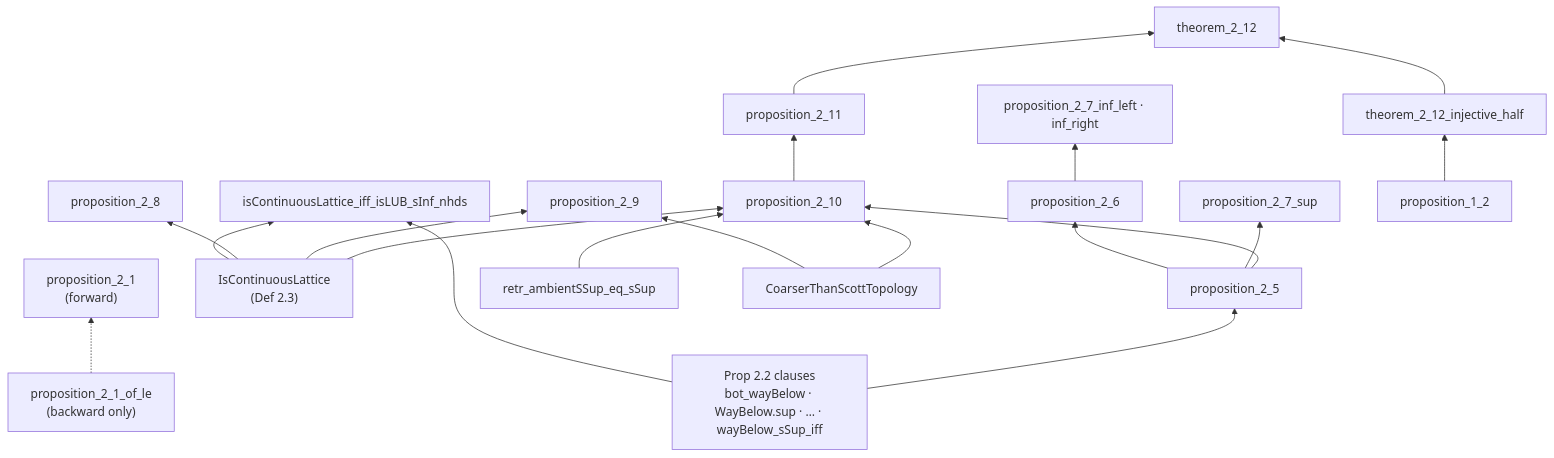
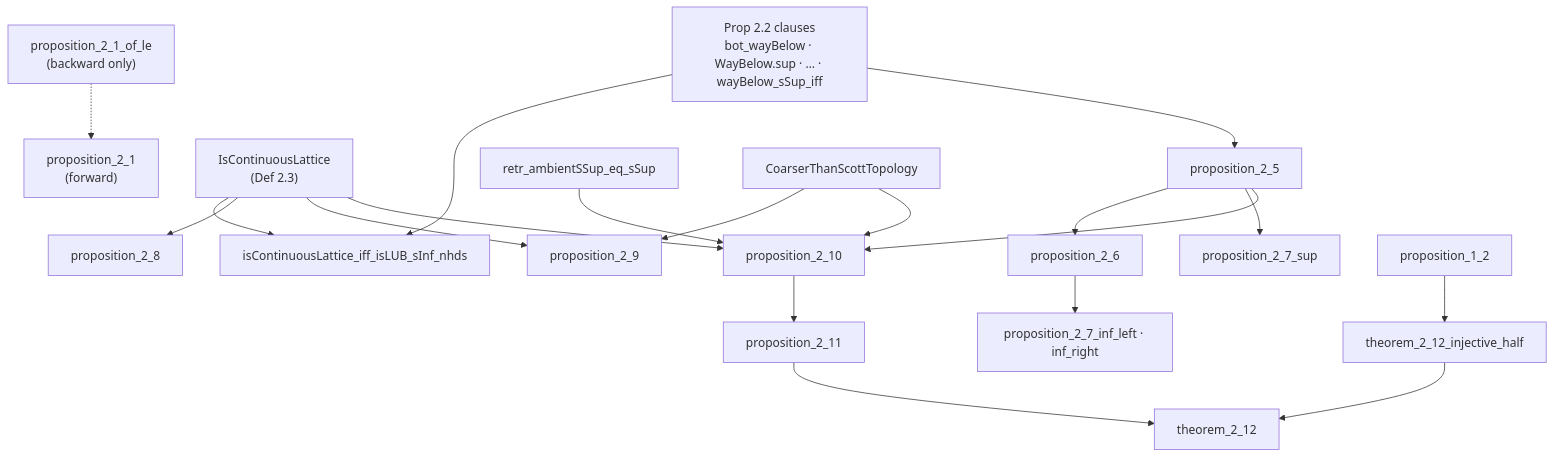
The third of 5 diagrams in sources/ScottContinLatt1972_vision.md (catskillsresearch/domain_theory), drawn with Mermaid before and after one commit. The commit also changed other lines of this file and 1 other file, not shown here.

First line of the commit message:
docs: monograph framing, AI acks, and top-down dependency diagrams

````diff
--- a/sources/ScottContinLatt1972_vision.md
+++ b/sources/ScottContinLatt1972_vision.md
@@ -1743,39 +1743,39 @@
 ```mermaid
-flowchart BT
+flowchart TD
   P22["Prop 2.2 clauses<br/>bot_wayBelow · WayBelow.sup · … · wayBelow_sSup_iff"]
   P21b["proposition_2_1_of_le<br/>(backward only)"]
   P21f["proposition_2_1<br/>(forward)"]
   D23["IsContinuousLattice<br/>(Def 2.3)"]
   P24["isContinuousLattice_iff_isLUB_sInf_nhds"]
   P25["proposition_2_5"]
   P26["proposition_2_6"]
   P27s["proposition_2_7_sup"]
   P27i["proposition_2_7_inf_left · inf_right"]
   P28["proposition_2_8"]
   P29["proposition_2_9"]
   P210["proposition_2_10"]
   P210L["retr_ambientSSup_eq_sSup"]
   P211["proposition_2_11"]
   T212["theorem_2_12"]
   T212h["theorem_2_12_injective_half"]
   MIL["CoarserThanScottTopology"]
 
   P22 --> P24
   D23 --> P24
   P22 --> P25
   P25 --> P26
   P26 --> P27i
   P25 --> P27s
   D23 --> P28
   D23 --> P29
   D23 --> P210
   P25 --> P210
   MIL --> P29
   MIL --> P210
   P210L --> P210
   P210 --> P211
   P211 --> T212
   P12["proposition_1_2"] --> T212h
   T212h --> T212
   P21b -.-> P21f
 ```
````
